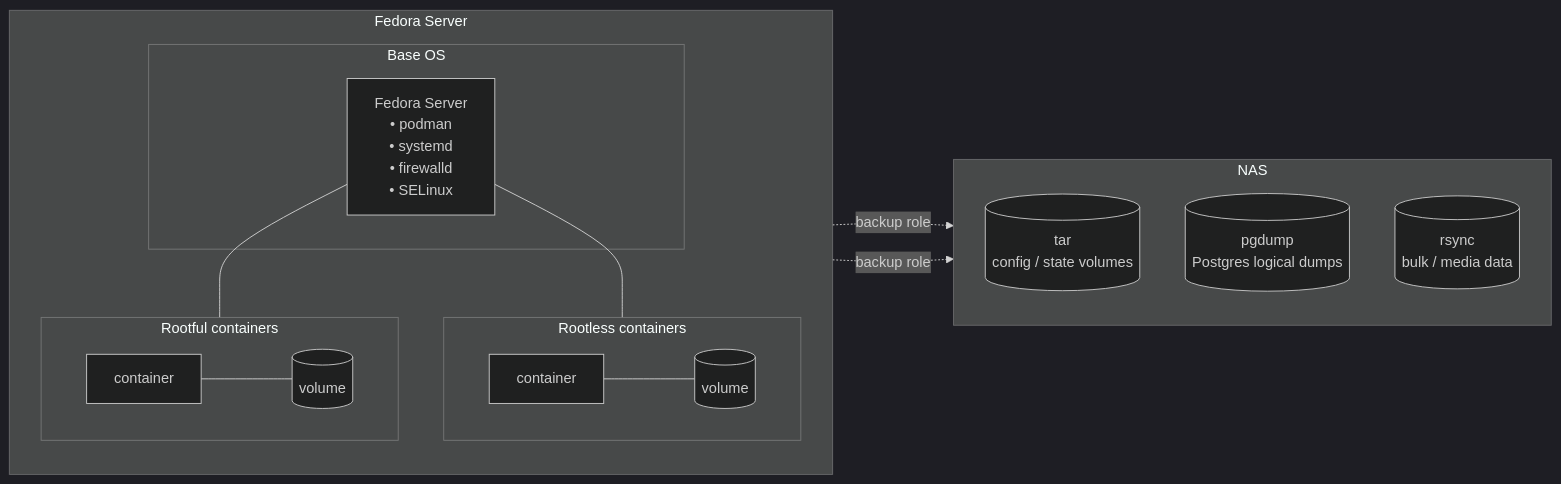
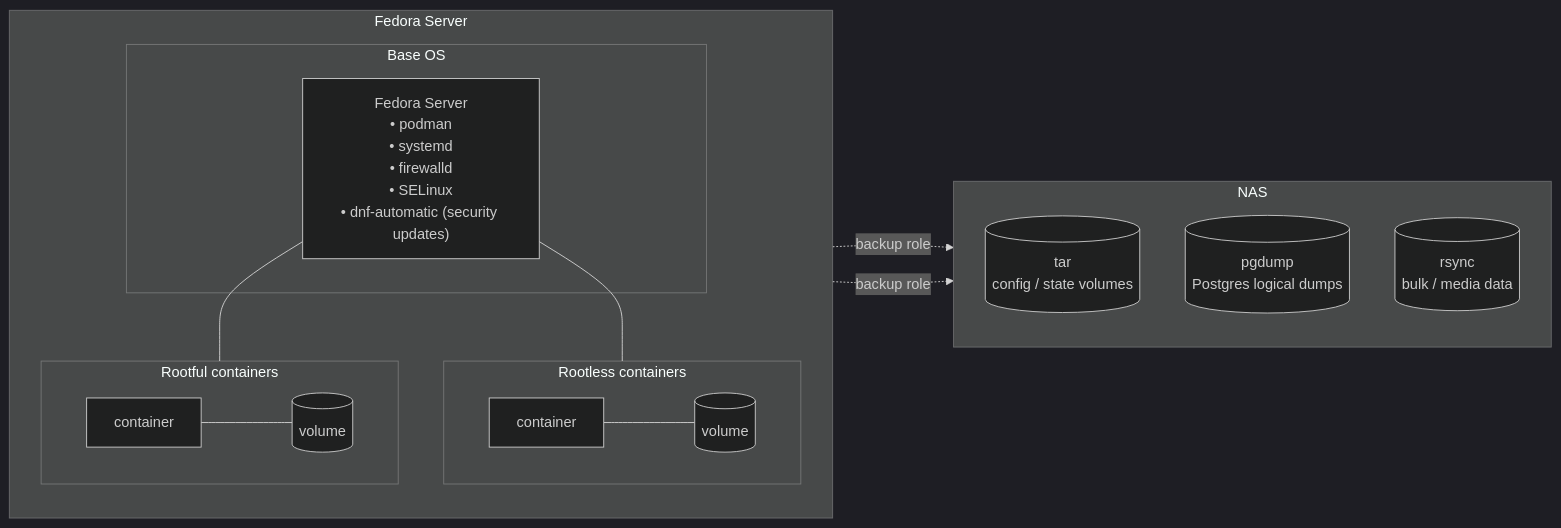
The diagram in README.md (luckynrslevin/home-server), drawn with Mermaid (dark theme) before and after one commit.

Commit message:
docs(readme): add dnf-automatic to base OS list

````diff
--- a/README.md
+++ b/README.md
@@ -111,33 +111,33 @@
 ```mermaid
 graph LR
     subgraph HOST["Fedora Server"]
         direction TB
 
         subgraph ROOTFUL["Rootful containers"]
             direction LR
             RFC["container"] --- RFV[("volume")]
         end
 
         subgraph ROOTLESS["Rootless containers"]
             direction LR
             RLC["container"] --- RLV[("volume")]
         end
 
         subgraph OS["Base OS"]
-            KERNEL["Fedora Server<br/>• podman<br/>• systemd<br/>• firewalld<br/>• SELinux"]
+            KERNEL["Fedora Server<br/>• podman<br/>• systemd<br/>• firewalld<br/>• SELinux<br/>• dnf-automatic (security updates)"]
         end
 
         KERNEL --- ROOTFUL
         KERNEL --- ROOTLESS
     end
 
     subgraph NAS["NAS"]
         direction TB
         TAR[("tar<br/>config / state volumes")]
         PGD[("pgdump<br/>Postgres logical dumps")]
         RSY[("rsync<br/>bulk / media data")]
     end
 
     ROOTFUL -. "backup role" .-> NAS
     ROOTLESS -. "backup role" .-> NAS
 ```
````
